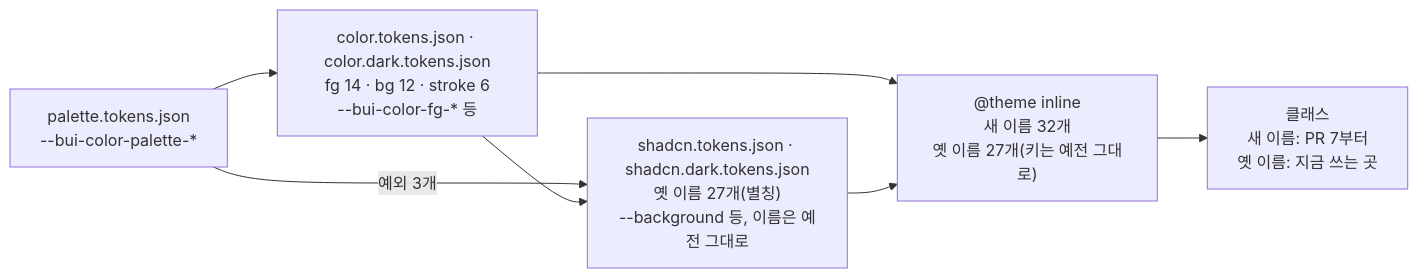
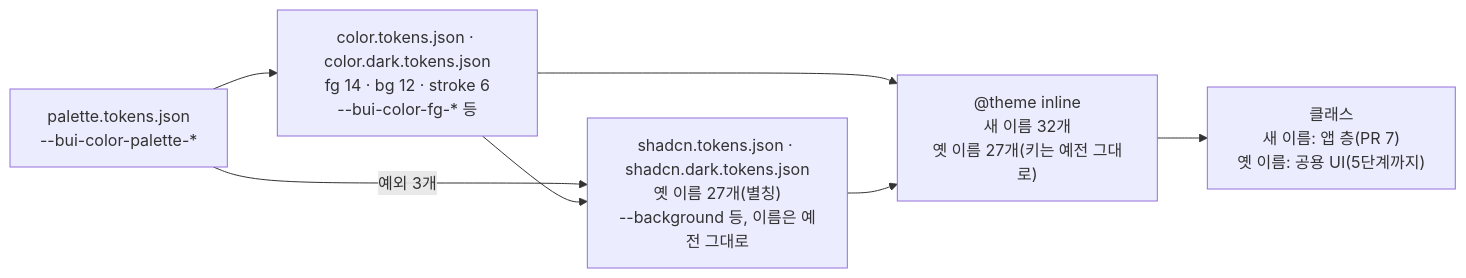
Before and after one commit to BAECHAN/link-sphere_FE_NEW: the fourth of 4 diagrams in docs/DESIGN-SYSTEM.md, drawn with Mermaid. The commit also changed other lines of this file and 71 other files, not shown here.

````diff
--- a/docs/DESIGN-SYSTEM.md
+++ b/docs/DESIGN-SYSTEM.md
@@ -416,14 +416,14 @@
 ```mermaid
 flowchart LR
     P["palette.tokens.json<br/>--bui-color-palette-*"]
     C["color.tokens.json · color.dark.tokens.json<br/>fg 14 · bg 12 · stroke 6<br/>--bui-color-fg-* 등"]
     S["shadcn.tokens.json · shadcn.dark.tokens.json<br/>옛 이름 27개(별칭)<br/>--background 등, 이름은 예전 그대로"]
     T["@theme inline<br/>새 이름 32개<br/>옛 이름 27개(키는 예전 그대로)"]
-    U["클래스<br/>새 이름: PR 7부터<br/>옛 이름: 지금 쓰는 곳"]
+    U["클래스<br/>새 이름: 앱 층(PR 7)<br/>옛 이름: 공용 UI(5단계까지)"]
     P --> C
     P -->|"예외 3개"| S
     C --> S
     C --> T
     S --> T
     T --> U
 ```
````
